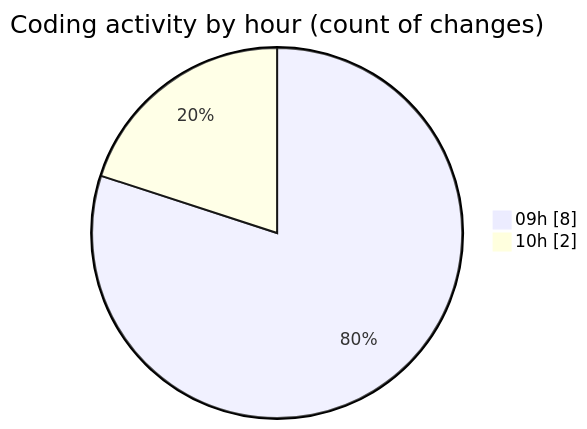
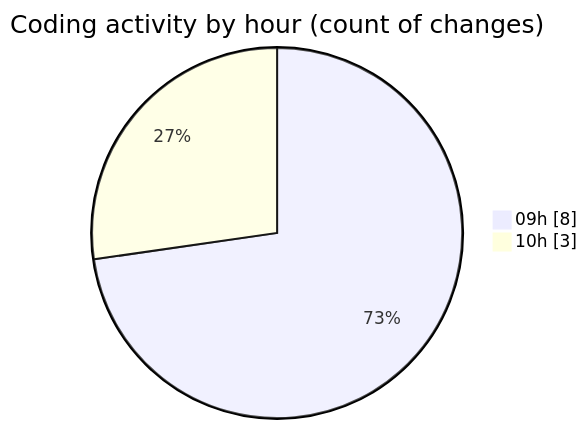
The second of 2 diagrams in 2025-06-03/ecodeli-1/README.md (CELIANVF/code-tracking), drawn with Mermaid before and after one commit. The commit also changed other lines of this file and 1 other file, not shown here.

````diff
--- a/2025-06-03/ecodeli-1/README.md
+++ b/2025-06-03/ecodeli-1/README.md
@@ -34,6 +35,6 @@
 ```mermaid
 pie showData
 title Coding activity by hour (count of changes)
 "09h" : 8
-"10h" : 2
+"10h" : 3
 ```
````
